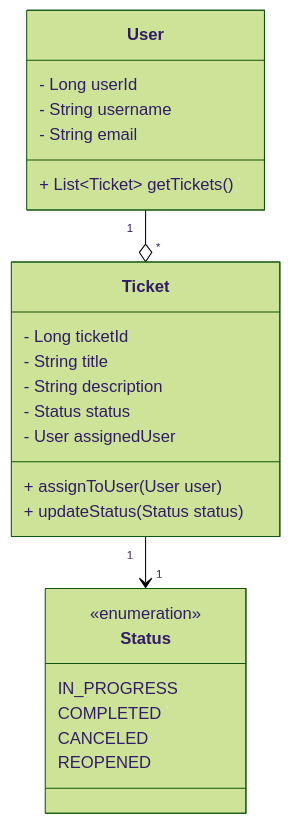
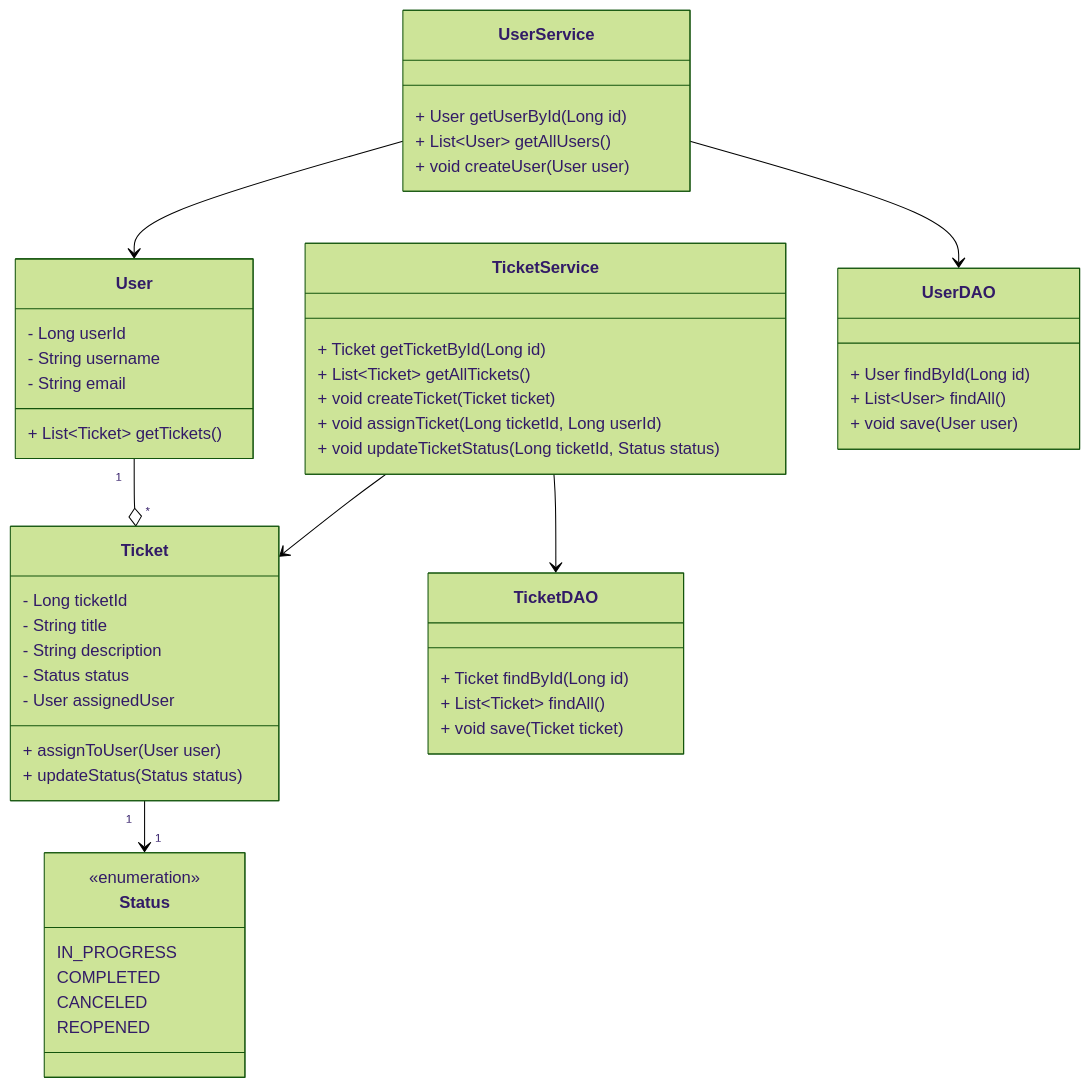
Before and after one commit to dheynoshan/CS425---Project: the diagram in Project Documents/class_Diagram.md, drawn with Mermaid (forest theme).

Commit message:
Updated class diagram with Service and DAO classes

````diff
--- a/Project Documents/class_Diagram.md
+++ b/Project Documents/class_Diagram.md
@@ -1,30 +1,63 @@
 ```mermaid
 classDiagram
+
     class User {
         - Long userId
         - String username
         - String email
         + List~Ticket~ getTickets()
     }
 
     class Ticket {
         - Long ticketId
         - String title
         - String description
         - Status status
         - User assignedUser
         + assignToUser(User user)
         + updateStatus(Status status)
     }
 
     class Status {
         <<enumeration>>
         IN_PROGRESS
         COMPLETED
         CANCELED
         REOPENED
     }
 
+    class UserService {
+        + User getUserById(Long id)
+        + List~User~ getAllUsers()
+        + void createUser(User user)
+    }
+
+    class TicketService {
+        + Ticket getTicketById(Long id)
+        + List~Ticket~ getAllTickets()
+        + void createTicket(Ticket ticket)
+        + void assignTicket(Long ticketId, Long userId)
+        + void updateTicketStatus(Long ticketId, Status status)
+    }
+
+    class UserDAO {
+        + User findById(Long id)
+        + List~User~ findAll()
+        + void save(User user)
+    }
+
+    class TicketDAO {
+        + Ticket findById(Long id)
+        + List~Ticket~ findAll()
+        + void save(Ticket ticket)
+    }
+
     User "1" --o "*" Ticket
     Ticket "1" --> "1" Status
+    UserService --> User
+    UserService --> UserDAO
+    TicketService --> Ticket
+    TicketService --> TicketDAO
+  
+
 ```
````
